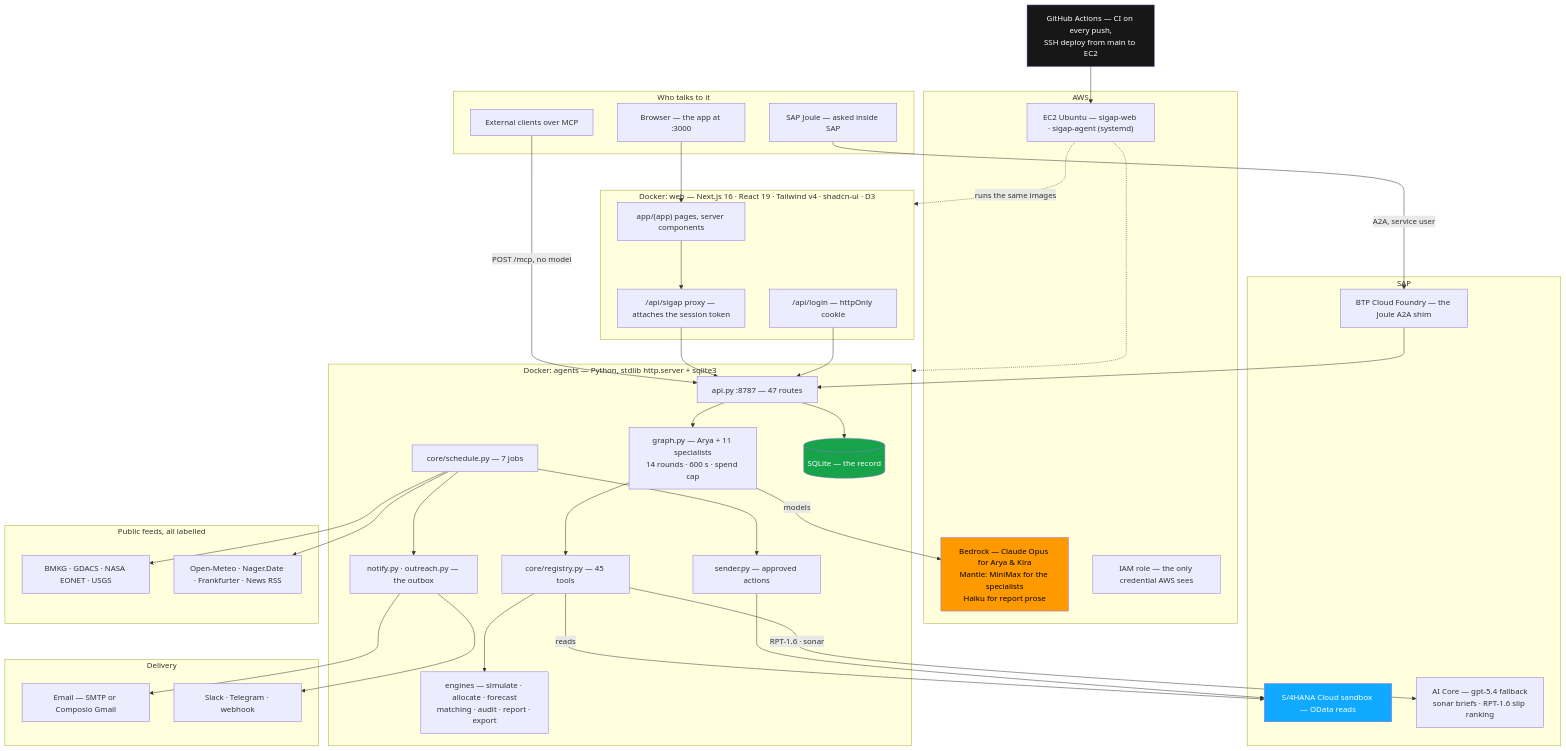
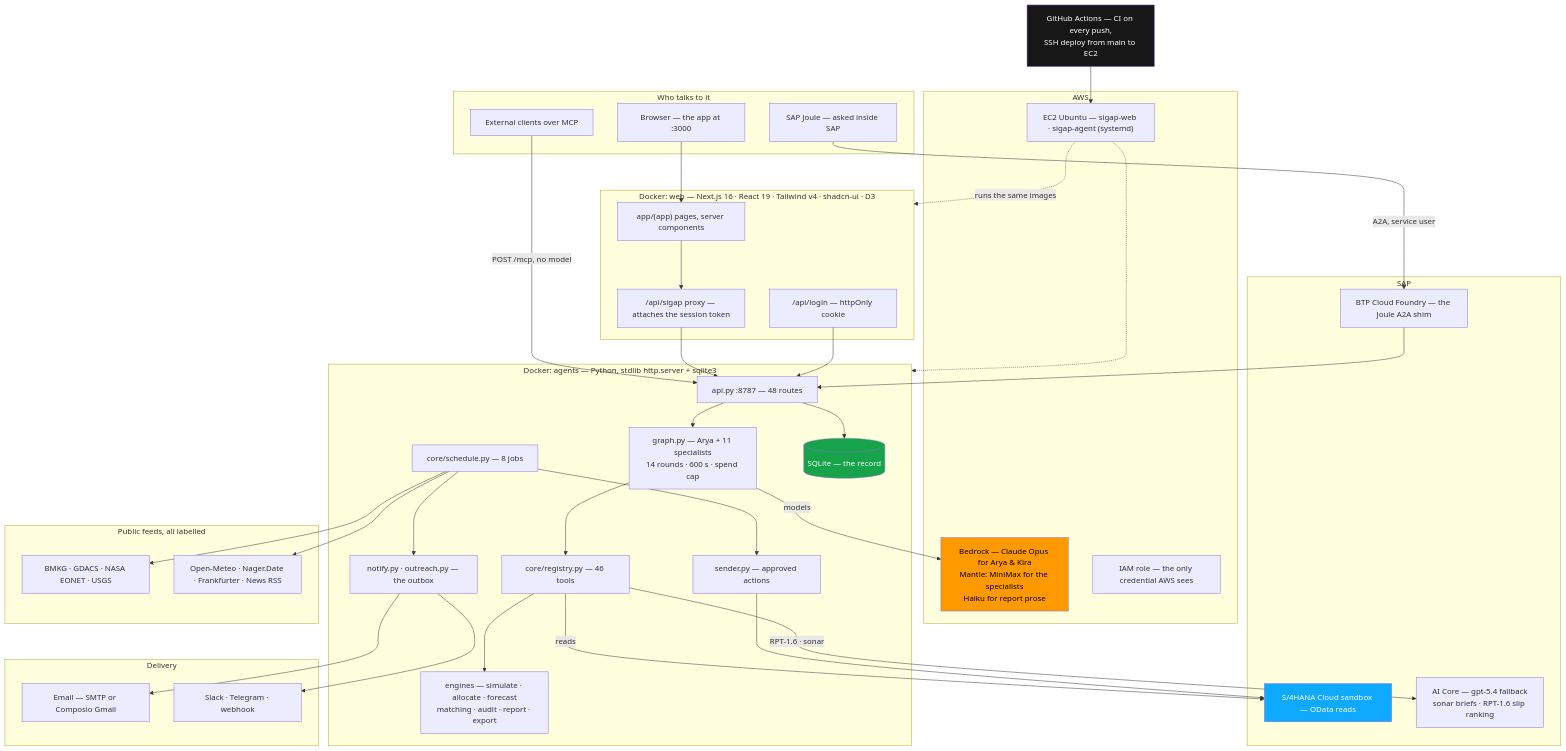
One commit to maulana-tech/aera-app changed the first of 6 diagrams in README.md. Above: the diagram before and after it, drawn with Mermaid. The commit also changed other lines of this file and 13 other files, not shown here.

First line of the commit message:
docs: make every figure reproducible again, and rebuild the diagram

````diff
--- a/README.md
+++ b/README.md
@@ -233,77 +233,77 @@
 ```mermaid
 flowchart TB
     subgraph CLIENT["Who talks to it"]
         U["Browser — the app at :3000"]
         J["SAP Joule — asked inside SAP"]
         EXT["External clients over MCP"]
     end
 
     subgraph WEB["Docker: web — Next.js 16 · React 19 · Tailwind v4 · shadcn-ui · D3"]
         P["app/(app) pages, server components"]
         PX["/api/sigap proxy — attaches the session token"]
         LI["/api/login — httpOnly cookie"]
     end
 
     subgraph AGENT["Docker: agents — Python, stdlib http.server + sqlite3"]
-        API["api.py :8787 — 47 routes"]
+        API["api.py :8787 — 48 routes"]
         GR["graph.py — Arya + 11 specialists<br/>14 rounds · 600 s · spend cap"]
-        REG["core/registry.py — 45 tools"]
+        REG["core/registry.py — 46 tools"]
         ENG["engines — simulate · allocate · forecast<br/>matching · audit · report · export"]
-        SCH["core/schedule.py — 7 jobs"]
+        SCH["core/schedule.py — 8 jobs"]
         SND["sender.py — approved actions"]
         OUT["notify.py · outreach.py — the outbox"]
         DB[("SQLite — the record")]
     end
 
     subgraph AWSS["AWS"]
         BR["Bedrock — Claude Opus for Arya &amp; Kira<br/>Mantle: MiniMax for the specialists<br/>Haiku for report prose"]
         EC2["EC2 Ubuntu — sigap-web · sigap-agent (systemd)"]
         IAM["IAM role — the only credential AWS sees"]
     end
 
     subgraph SAPS["SAP"]
         S4["S/4HANA Cloud sandbox — OData reads"]
         AIC["AI Core — gpt-5.4 fallback<br/>sonar briefs · RPT-1.6 slip ranking"]
         CF["BTP Cloud Foundry — the Joule A2A shim"]
     end
 
     subgraph FEEDS["Public feeds, all labelled"]
         F1["BMKG · GDACS · NASA EONET · USGS"]
         F2["Open-Meteo · Nager.Date · Frankfurter · News RSS"]
     end
 
     subgraph DELIVERY["Delivery"]
         CH["Email — SMTP or Composio Gmail"]
         TC["Slack · Telegram · webhook"]
     end
 
     GH["GitHub Actions — CI on every push,<br/>SSH deploy from main to EC2"]
 
     U --> P
     LI --> API
     P --> PX --> API
     J -->|A2A, service user| CF --> API
     EXT -->|POST /mcp, no model| API
 
     API --> GR --> REG
     REG --> ENG
     API --> DB
     GR -->|models| BR
     REG -->|"RPT-1.6 · sonar"| AIC
 
     SCH --> F1
     SCH --> F2
     SCH --> SND --> S4
     REG -->|reads| S4
     SCH --> OUT --> CH
     OUT --> TC
 
     GH --> EC2
     EC2 -.->|"runs the same images"| WEB
     EC2 -.-> AGENT
 
     style BR fill:#FF9900,color:#000
     style S4 fill:#0FAAFF,color:#fff
     style DB fill:#16a34a,color:#fff
     style GH fill:#181717,color:#fff
 ```
````
